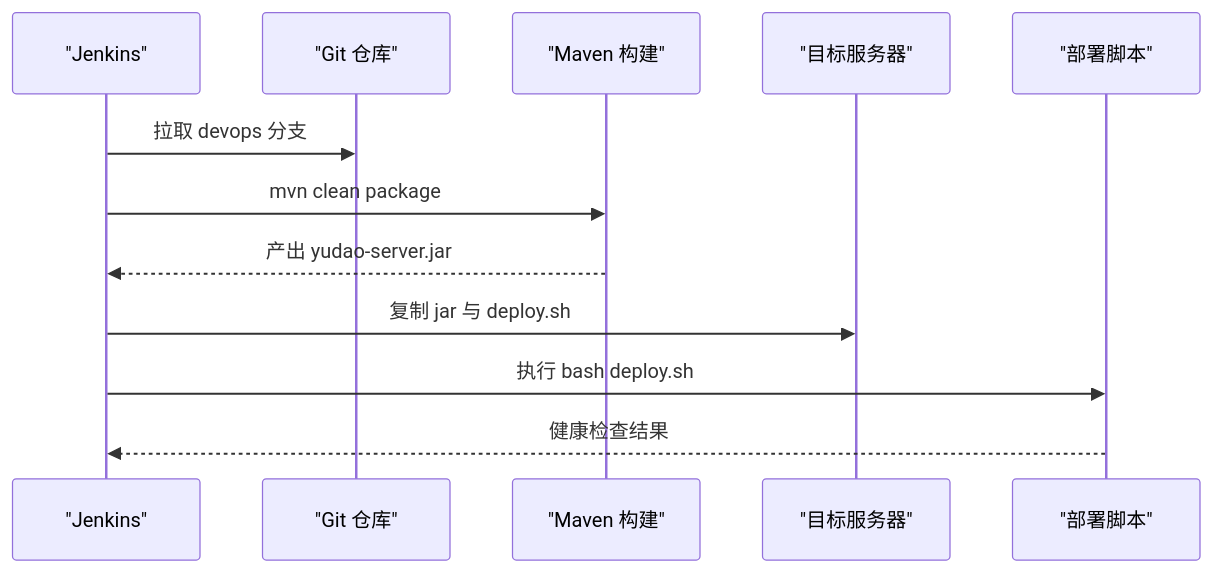
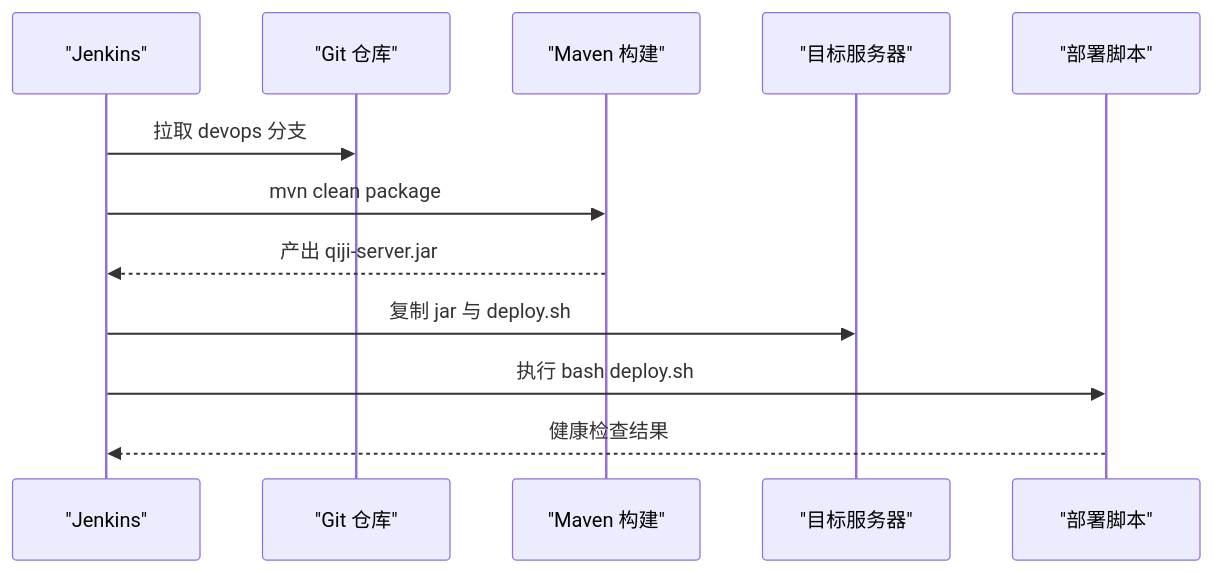
One commit to zhuangpengLI/AgenticCPS changed the fourth of 6 diagrams in backend/.qoder/repowiki/zh/content/部署与运维/部署与运维.md. Above: the diagram before and after it, drawn with Mermaid. The commit also changed other lines of this file and 3489 other files, not shown here.

````diff
--- a/backend/.qoder/repowiki/zh/content/部署与运维/部署与运维.md
+++ b/backend/.qoder/repowiki/zh/content/部署与运维/部署与运维.md
@@ -195,14 +195,14 @@
 ```mermaid
 sequenceDiagram
 participant J as "Jenkins"
 participant G as "Git 仓库"
 participant MVN as "Maven 构建"
 participant T as "目标服务器"
 participant D as "部署脚本"
 J->>G : 拉取 devops 分支
 J->>MVN : mvn clean package
-MVN-->>J : 产出 yudao-server.jar
+MVN-->>J : 产出 qiji-server.jar
 J->>T : 复制 jar 与 deploy.sh
 J->>D : 执行 bash deploy.sh
 D-->>J : 健康检查结果
 ```
````
